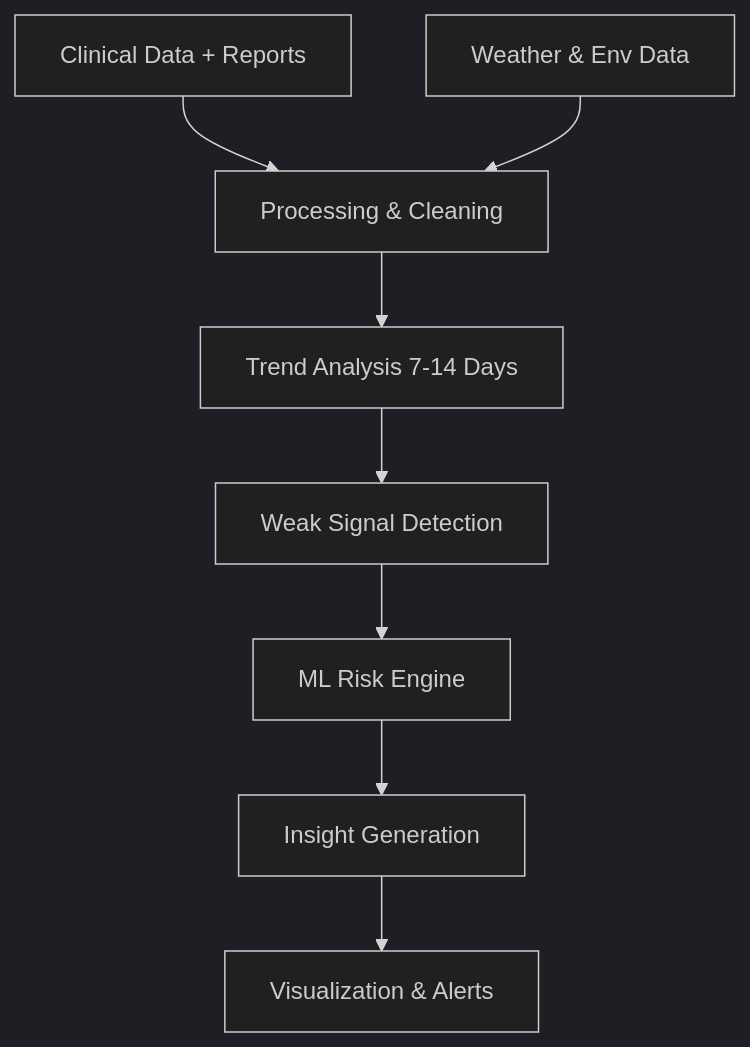
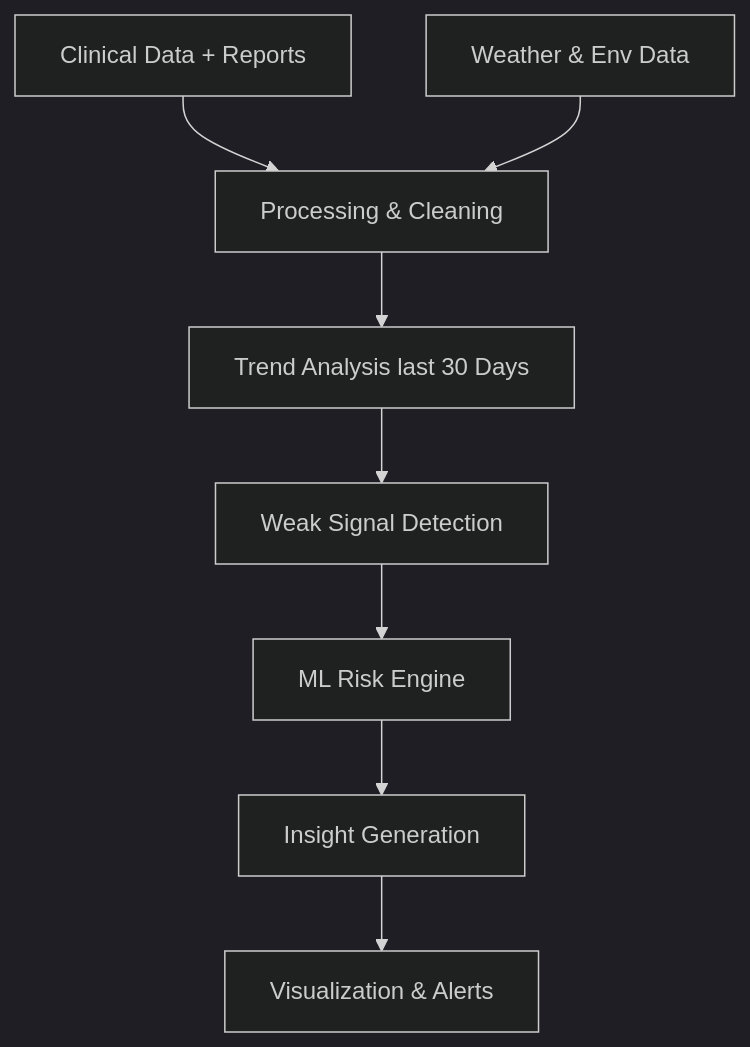
One commit to tejask011/disease-outbreak changed the diagram in README.md. Above: the diagram before and after it, drawn with Mermaid (dark theme).

````diff
--- a/README.md
+++ b/README.md
@@ -126,10 +126,10 @@
 ```mermaid
 graph TD
     A[Clinical Data + Reports] --> B[Processing & Cleaning]
     C[Weather & Env Data] --> B
-    B --> D[Trend Analysis 7-14 Days]
+    B --> D[Trend Analysis last 30 Days]
     D --> E[Weak Signal Detection]
     E --> F[ML Risk Engine]
     F --> G[Insight Generation]
     G --> H[Visualization & Alerts]
 ```
````
